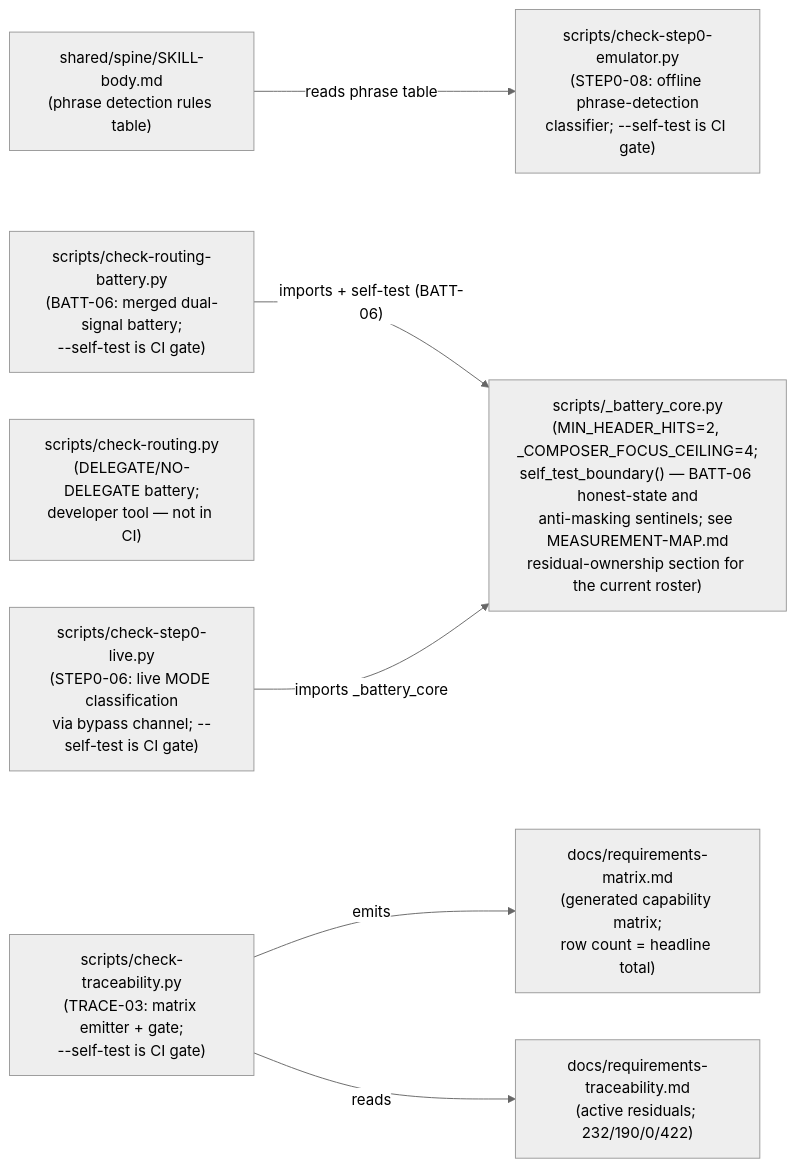
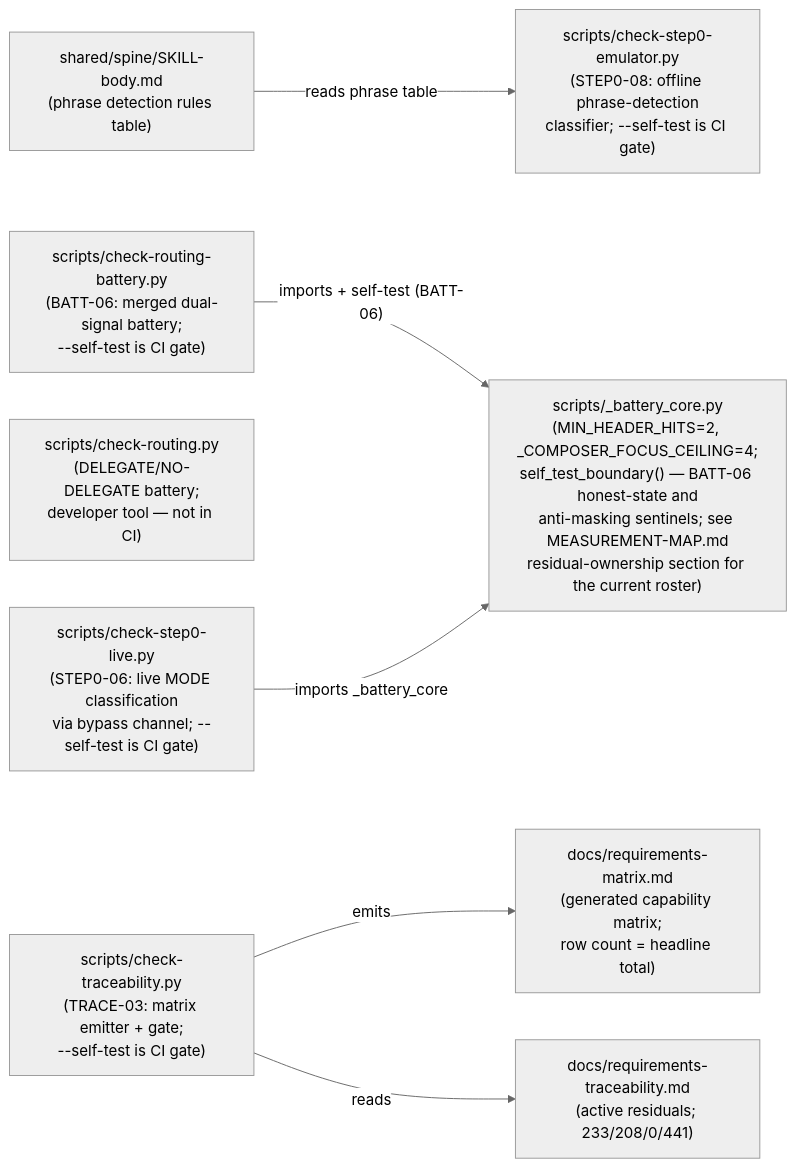
One commit to chrisdavidson/first-principles-skill changed the second of 2 diagrams in docs/COMPONENT-DIAGRAM.md. Above: the diagram before and after it, drawn with Mermaid (neutral theme). The commit also changed 6 other files, not shown here.

````diff
--- a/docs/COMPONENT-DIAGRAM.md
+++ b/docs/COMPONENT-DIAGRAM.md
@@ -84,24 +84,24 @@
 ```mermaid
 flowchart LR
     SKILLBODY["shared/spine/SKILL-body.md\n(phrase detection rules table)"]
 
     CORE["scripts/_battery_core.py\n(MIN_HEADER_HITS=2, _COMPOSER_FOCUS_CEILING=4;\nself_test_boundary() — BATT-06 honest-state and\nanti-masking sentinels; see MEASUREMENT-MAP.md\nresidual-ownership section for the current roster)"]
 
     BATT["scripts/check-routing-battery.py\n(BATT-06: merged dual-signal battery;\n--self-test is CI gate)"]
     ROUTING["scripts/check-routing.py\n(DELEGATE/NO-DELEGATE battery;\ndeveloper tool — not in CI)"]
 
     EMU["scripts/check-step0-emulator.py\n(STEP0-08: offline phrase-detection\nclassifier; --self-test is CI gate)"]
     LIVE["scripts/check-step0-live.py\n(STEP0-06: live MODE classification\nvia bypass channel; --self-test is CI gate)"]
 
     TRACE["scripts/check-traceability.py\n(TRACE-03: matrix emitter + gate;\n--self-test is CI gate)"]
     MATRIX["docs/requirements-matrix.md\n(generated capability matrix;\nrow count = headline total)"]
-    TRACEABILITY["docs/requirements-traceability.md\n(active residuals; 232/190/0/422)"]
+    TRACEABILITY["docs/requirements-traceability.md\n(active residuals; 233/208/0/441)"]
 
     SKILLBODY -->|"reads phrase table"| EMU
 
     BATT -->|"imports + self-test (BATT-06)"| CORE
     LIVE -->|"imports _battery_core"| CORE
 
     TRACE -->|"emits"| MATRIX
     TRACE -->|"reads"| TRACEABILITY
 ```
````
